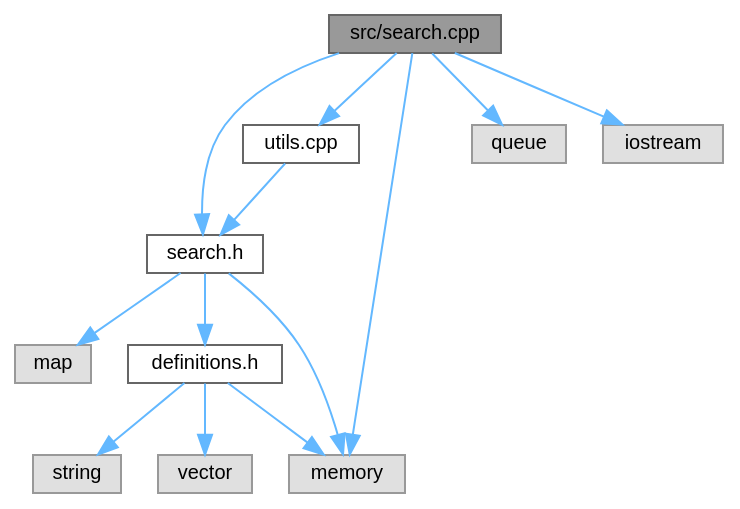
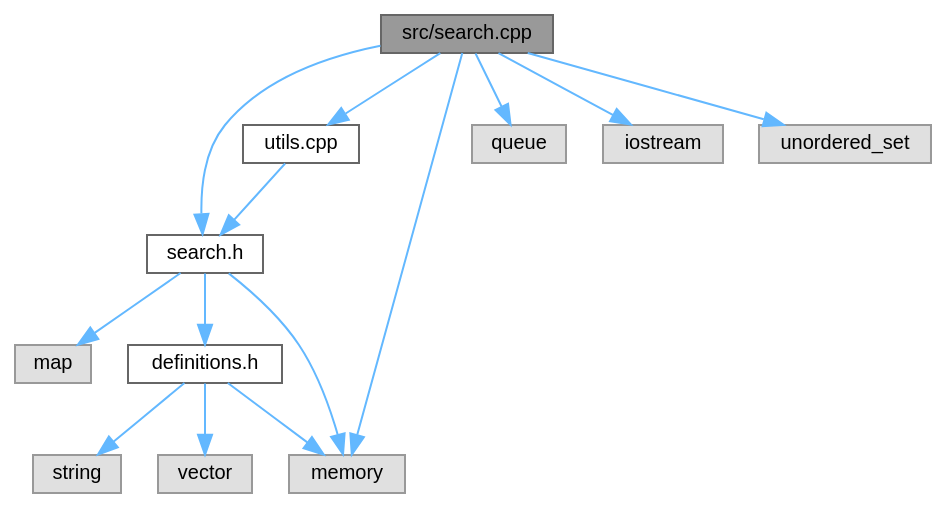
One commit to velocitatem/Symphony changed the diagram in search_8cpp__incl.dot. Above: the diagram before and after it, drawn with Graphviz. The commit also changed 44 other files, not shown here.

```diff
--- a/search_8cpp__incl.dot
+++ b/search_8cpp__incl.dot
@@ -1,30 +1,32 @@
 digraph "src/search.cpp"
 {
  // INTERACTIVE_SVG=YES
  // LATEX_PDF_SIZE
   bgcolor="transparent";
   edge [fontname=Helvetica,fontsize=10,labelfontname=Helvetica,labelfontsize=10];
   node [fontname=Helvetica,fontsize=10,shape=box,height=0.2,width=0.4];
   Node1 [id="Node000001",label="src/search.cpp",height=0.2,width=0.4,color="gray40", fillcolor="grey60", style="filled", fontcolor="black",tooltip=" "];
   Node1 -> Node2 [id="edge1_Node000001_Node000002",color="steelblue1",style="solid",tooltip=" "];
   Node2 [id="Node000002",label="search.h",height=0.2,width=0.4,color="grey40", fillcolor="white", style="filled",URL="$search_8h.html",tooltip=" "];
   Node2 -> Node3 [id="edge2_Node000002_Node000003",color="steelblue1",style="solid",tooltip=" "];
   Node3 [id="Node000003",label="map",height=0.2,width=0.4,color="grey60", fillcolor="#E0E0E0", style="filled",tooltip=" "];
   Node2 -> Node4 [id="edge3_Node000002_Node000004",color="steelblue1",style="solid",tooltip=" "];
   Node4 [id="Node000004",label="definitions.h",height=0.2,width=0.4,color="grey40", fillcolor="white", style="filled",URL="$definitions_8h.html",tooltip="Abstract classes for states, actions, and problems that need to be implemented by the user."];
   Node4 -> Node5 [id="edge4_Node000004_Node000005",color="steelblue1",style="solid",tooltip=" "];
   Node5 [id="Node000005",label="string",height=0.2,width=0.4,color="grey60", fillcolor="#E0E0E0", style="filled",tooltip=" "];
   Node4 -> Node6 [id="edge5_Node000004_Node000006",color="steelblue1",style="solid",tooltip=" "];
   Node6 [id="Node000006",label="vector",height=0.2,width=0.4,color="grey60", fillcolor="#E0E0E0", style="filled",tooltip=" "];
   Node4 -> Node7 [id="edge6_Node000004_Node000007",color="steelblue1",style="solid",tooltip=" "];
   Node7 [id="Node000007",label="memory",height=0.2,width=0.4,color="grey60", fillcolor="#E0E0E0", style="filled",tooltip=" "];
   Node2 -> Node7 [id="edge7_Node000002_Node000007",color="steelblue1",style="solid",tooltip=" "];
   Node1 -> Node8 [id="edge8_Node000001_Node000008",color="steelblue1",style="solid",tooltip=" "];
   Node8 [id="Node000008",label="utils.cpp",height=0.2,width=0.4,color="grey40", fillcolor="white", style="filled",URL="$utils_8cpp.html",tooltip=" "];
   Node8 -> Node2 [id="edge9_Node000008_Node000002",color="steelblue1",style="solid",tooltip=" "];
   Node1 -> Node9 [id="edge10_Node000001_Node000009",color="steelblue1",style="solid",tooltip=" "];
   Node9 [id="Node000009",label="queue",height=0.2,width=0.4,color="grey60", fillcolor="#E0E0E0", style="filled",tooltip=" "];
   Node1 -> Node7 [id="edge11_Node000001_Node000007",color="steelblue1",style="solid",tooltip=" "];
   Node1 -> Node10 [id="edge12_Node000001_Node000010",color="steelblue1",style="solid",tooltip=" "];
   Node10 [id="Node000010",label="iostream",height=0.2,width=0.4,color="grey60", fillcolor="#E0E0E0", style="filled",tooltip=" "];
+  Node1 -> Node11 [id="edge13_Node000001_Node000011",color="steelblue1",style="solid",tooltip=" "];
+  Node11 [id="Node000011",label="unordered_set",height=0.2,width=0.4,color="grey60", fillcolor="#E0E0E0", style="filled",tooltip=" "];
 }
```
